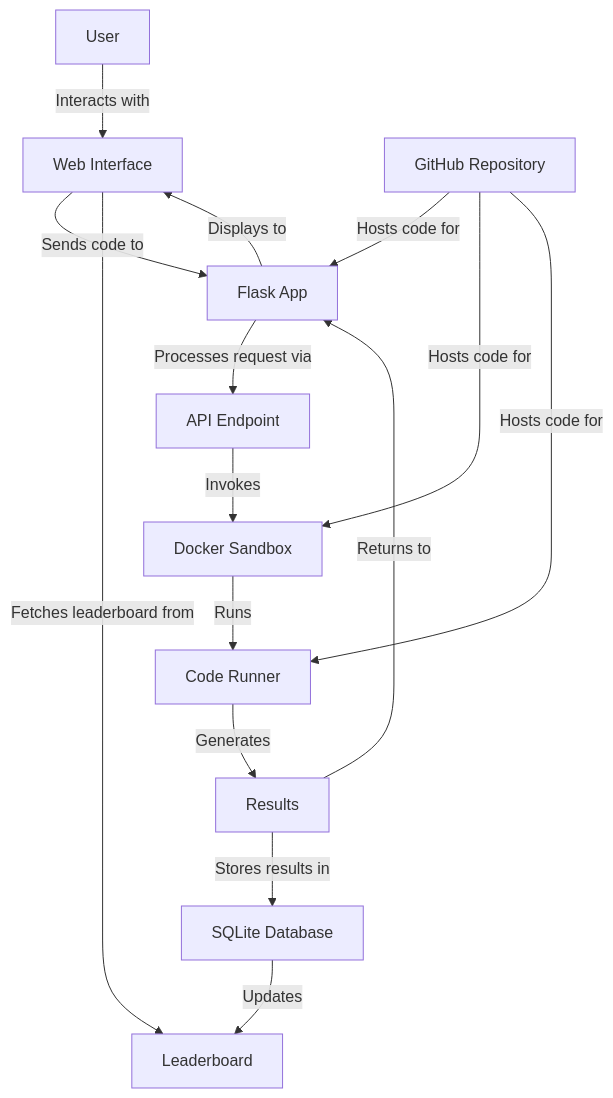
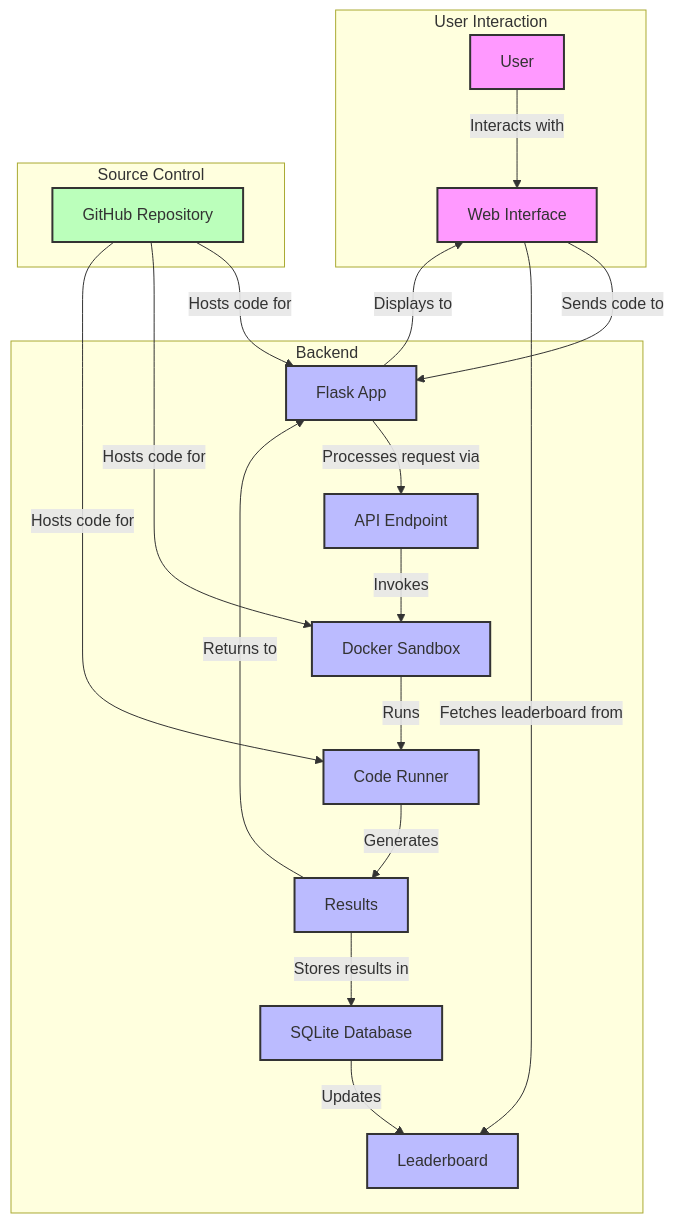
The diagram in README.md (Habitante/gta-benchmark), drawn with Mermaid before and after one commit.

Commit message:
Diagram update

````diff
--- a/README.md
+++ b/README.md
@@ -32,26 +32,31 @@
 ```mermaid
 graph TD
-    User[User]
-    WebUI[Web Interface]
-    Flask[Flask App]
-    API[API Endpoint]
-    Docker[Docker Sandbox]
-    Runner[Code Runner]
-    Results[Results]
-    Database[SQLite Database]
-    GitHub[GitHub Repository]
-    Leaderboard[Leaderboard]
+    subgraph User Interaction
+        User[User] -->|Interacts with| WebUI[Web Interface]
+    end
     
-    User -->|Interacts with| WebUI
-    WebUI -->|Sends code to| Flask
-    Flask -->|Processes request via| API
-    API -->|Invokes| Docker
-    Docker -->|Runs| Runner
-    Runner -->|Generates| Results
-    Results -->|Stores results in| Database
-    Database -->|Updates| Leaderboard
-    Results -->|Returns to| Flask
-    Flask -->|Displays to| WebUI
-    WebUI -->|Fetches leaderboard from| Leaderboard
-    GitHub -->|Hosts code for| Flask & Docker & Runner
+    subgraph Backend
+        WebUI -->|Sends code to| Flask[Flask App]
+        Flask -->|Processes request via| API[API Endpoint]
+        API -->|Invokes| Docker[Docker Sandbox]
+        Docker -->|Runs| Runner[Code Runner]
+        Runner -->|Generates| Results[Results]
+        Results -->|Stores results in| Database[SQLite Database]
+        Database -->|Updates| Leaderboard[Leaderboard]
+        Results -->|Returns to| Flask
+        Flask -->|Displays to| WebUI
+        WebUI -->|Fetches leaderboard from| Leaderboard
+    end
+    
+    subgraph Source Control
+        GitHub[GitHub Repository] -->|Hosts code for| Flask & Docker & Runner
+    end
+    
+    classDef interaction fill:#f9f,stroke:#333,stroke-width:2px;
+    classDef backend fill:#bbf,stroke:#333,stroke-width:2px;
+    classDef source fill:#bfb,stroke:#333,stroke-width:2px;
+    
+    class User,WebUI interaction;
+    class Flask,API,Docker,Runner,Results,Database,Leaderboard backend;
+    class GitHub source;
 ```
````
